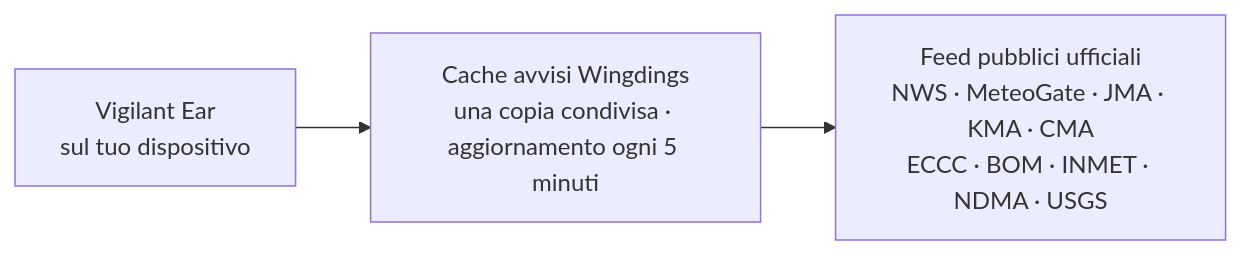
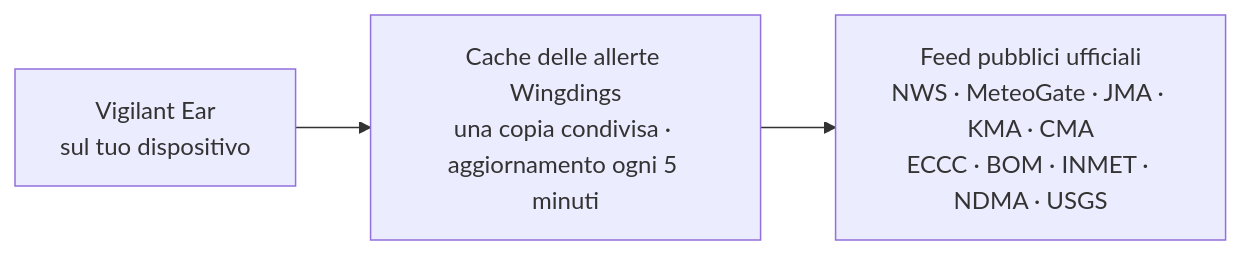
Before and after one commit to rpalm01-star/VigilantEarLegal: the fourth of 4 diagrams in README_it.md, drawn with Mermaid. The commit also changed other lines of this file and 29 other files, not shown here.

````diff
--- a/README_it.md
+++ b/README_it.md
@@ -162,5 +171,5 @@
 ```mermaid
 graph LR
-    P1["Vigilant Ear<br/>sul tuo dispositivo"] --> W["Cache avvisi Wingdings<br/>una copia condivisa · aggiornamento ogni 5 minuti"]
+    P1["Vigilant Ear<br/>sul tuo dispositivo"] --> W["Cache delle allerte Wingdings<br/>una copia condivisa · aggiornamento ogni 5 minuti"]
     W --> N["Feed pubblici ufficiali<br/>NWS · MeteoGate · JMA · KMA · CMA<br/>ECCC · BOM · INMET · NDMA · USGS"]
 ```
````
